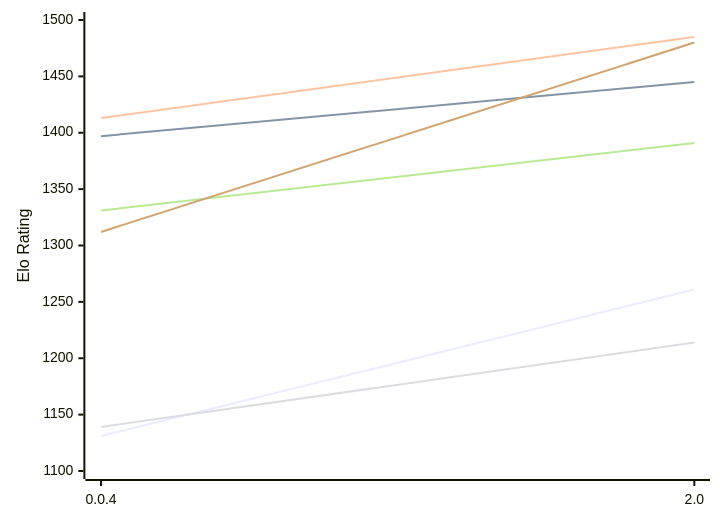
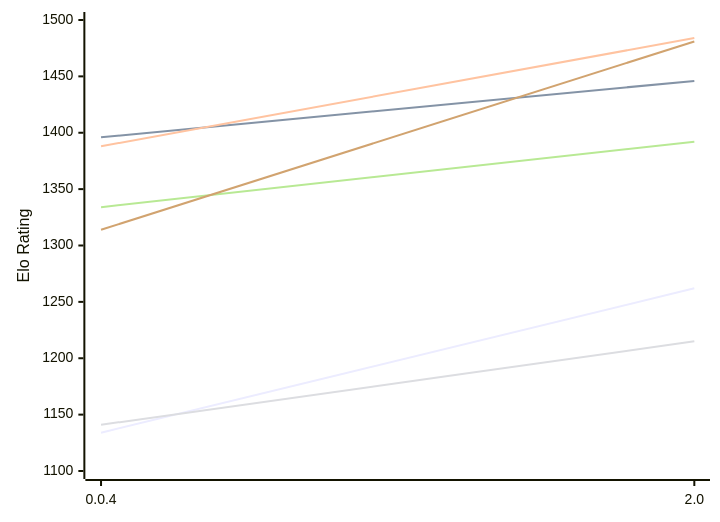
The first of 2 diagrams in engines/Oops!Mate.md (computer-chess-index/cci), drawn with Mermaid before and after one commit. The commit also changed other lines of this file, not shown here.

Commit message:
Update CCI Ratings (ELO VLTC) - 2026-11-24

````diff
--- a/engines/Oops!Mate.md
+++ b/engines/Oops!Mate.md
@@ -50,12 +50,12 @@
 ```mermaid
 %%{init: {"theme":"base","themeVariables":{"seriesColors:['#a3a3a3','#222221','#faa371']}}}%%
 xychart-beta
   x-axis ["0.0.4", "2.0"]
   y-axis "Elo Rating" 1100 --> 1500
-  line "E1: STC (8.0+0.08s)" [1131, 1261]
-  line "E1: LTC (60.0+0.60s)" [1397, 1445]
-  line "E1: VLTC (2m24s+1.12s)" [1413, 1485]
-  line "P1: STC (8.0+0.08s)" [1139, 1214]
-  line "P1: LTC (60.0+0.60s)" [1331, 1391]
-  line "P1: VLTC (2m24s+1.12s)" [1312, 1480]
+  line "E1: STC (8.0+0.08s)" [1134, 1262]
+  line "E1: LTC (60.0+0.60s)" [1396, 1446]
+  line "E1: VLTC (2m24s+1.12s)" [1388, 1484]
+  line "P1: STC (8.0+0.08s)" [1141, 1215]
+  line "P1: LTC (60.0+0.60s)" [1334, 1392]
+  line "P1: VLTC (2m24s+1.12s)" [1314, 1481]
 ```
````
